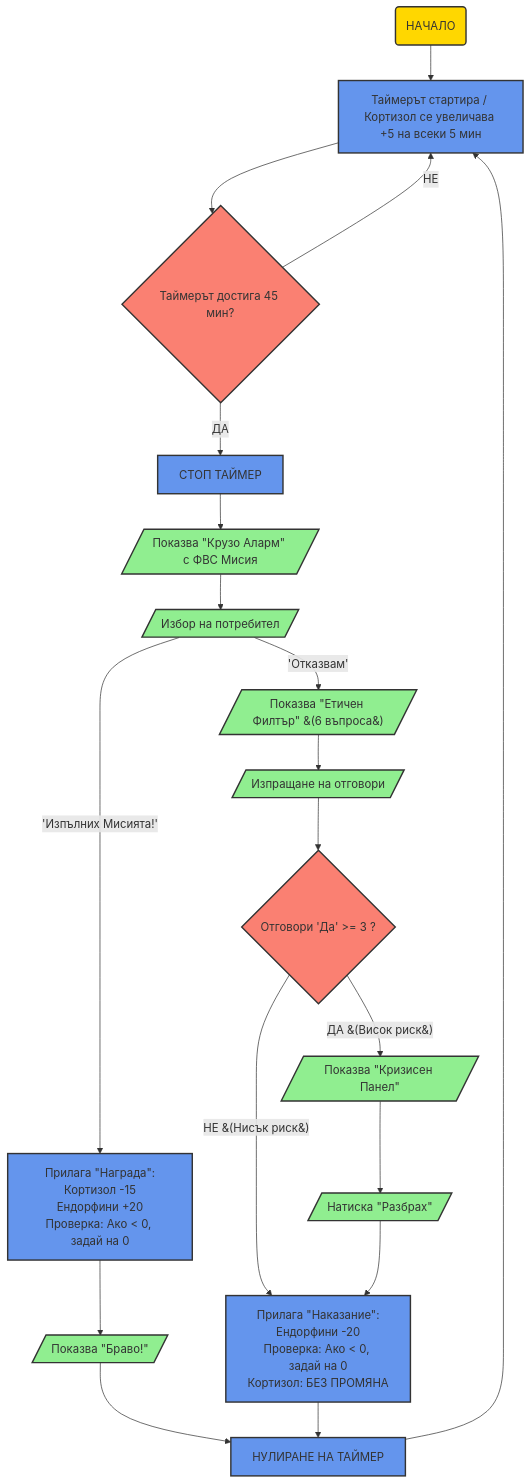
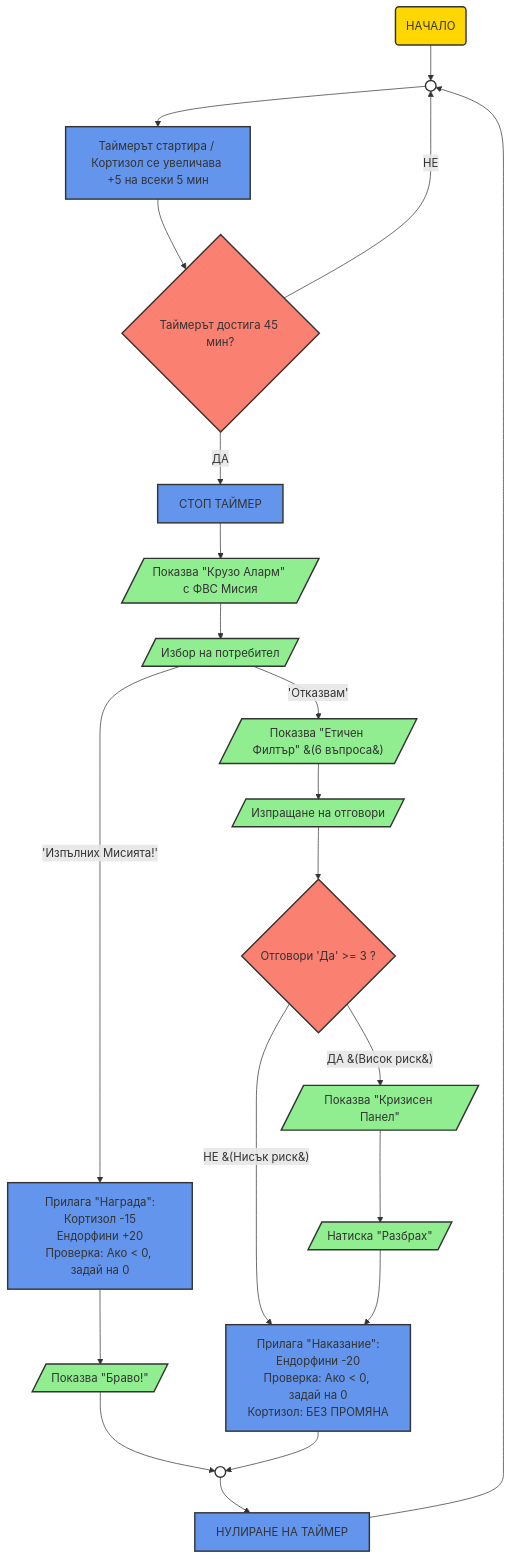
The diagram in logic-flowchart.md (DiGeNik/Social-Compass), drawn with Mermaid before and after one commit.

````diff
--- a/logic-flowchart.md
+++ b/logic-flowchart.md
@@ -1,54 +1,61 @@
 ```mermaid
 graph TD
-    %% Дефиниции на цветовете (Висок Контраст)
+    %% Дефиниции на цветовете (Висок Контраст, по пример)
     classDef startEnd fill:gold,stroke:#333,stroke-width:2px;
     classDef function fill:cornflowerblue,stroke:#333,stroke-width:2px;
     classDef io fill:lightgreen,stroke:#333,stroke-width:2px;
     classDef condition fill:salmon,stroke:#333,stroke-width:2px;
+    classDef junction fill:#fff,stroke:#333,stroke-width:2px;
 
     %% Начало
-    A(НАЧАЛО) --> B[Таймерът стартира / Кортизол се увеличава +5 на всеки 5 мин];
+    A(НАЧАЛО) --> J_Loop(( ));
     class A startEnd;
+    class J_Loop junction;
+
+    %% Съединител на главния цикъл
+    J_Loop --> B[Таймерът стартира / Кортизол се увеличава +5 на всеки 5 мин];
     class B function;
-
-    %% Основен цикъл
+    
     B --> C{Таймерът достига 45 мин?};
     class C condition;
-    C -- "НЕ" --> B;
+    
+    C -- "НЕ" --> J_Loop;
     C -- "ДА" --> E[СТОП ТАЙМЕР];
     class E function;
 
     %% Разклонение
     E --> F[/Показва &quot;Крузо Аларм&quot; с ФВС Мисия/];
     F --> G[/Избор на потребител/];
     class F,G io;
 
     %% Път 1: Изпълнение
     G -- "'Изпълних Мисията!'" --> H[Прилага &quot;Награда&quot;:<br>Кортизол -15<br>Ендорфини +20<br>Проверка: Ако < 0, задай на 0];
     H --> I[/Показва &quot;Браво!&quot;/];
-    I --> Z[НУЛИРАНЕ НА ТАЙМЕР];
+    I --> J_Reset(( ));
     class H function;
     class I io;
-    class Z function;
+    class J_Reset junction;
 
     %% Път 2: Отказ
     G -- "'Отказвам'" --> K[/Показва &quot;Етичен Филтър&quot; &#40;6 въпроса&#41;/];
     K --> L[/Изпращане на отговори/];
     L --> M{Отговори &apos;Да&apos; >= 3 ?};
     class K,L io;
     class M condition;
 
     %% Път 2A: Нисък риск
     M -- "НЕ &#40;Нисък риск&#41;" --> N[Прилага &quot;Наказание&quot;:<br>Ендорфини -20<br>Проверка: Ако < 0, задай на 0<br>Кортизол: БЕЗ ПРОМЯНА];
-    N --> Z;
+    N --> J_Reset;
     class N function;
 
     %% Път 2B: Висок риск
     M -- "ДА &#40;Висок риск&#41;" --> O[/Показва &quot;Кризисен Панел&quot;/];
     O --> P[/Натиска &quot;Разбрах&quot;/];
     P --> N;
     class O,P io;
 
-    %% Събиране
-    Z --> B;
+    %% Събиране и Нулиране
+    J_Reset --> Z[НУЛИРАНЕ НА ТАЙМЕР];
+    class Z function;
+    Z --> J_Loop;
 ```
````
